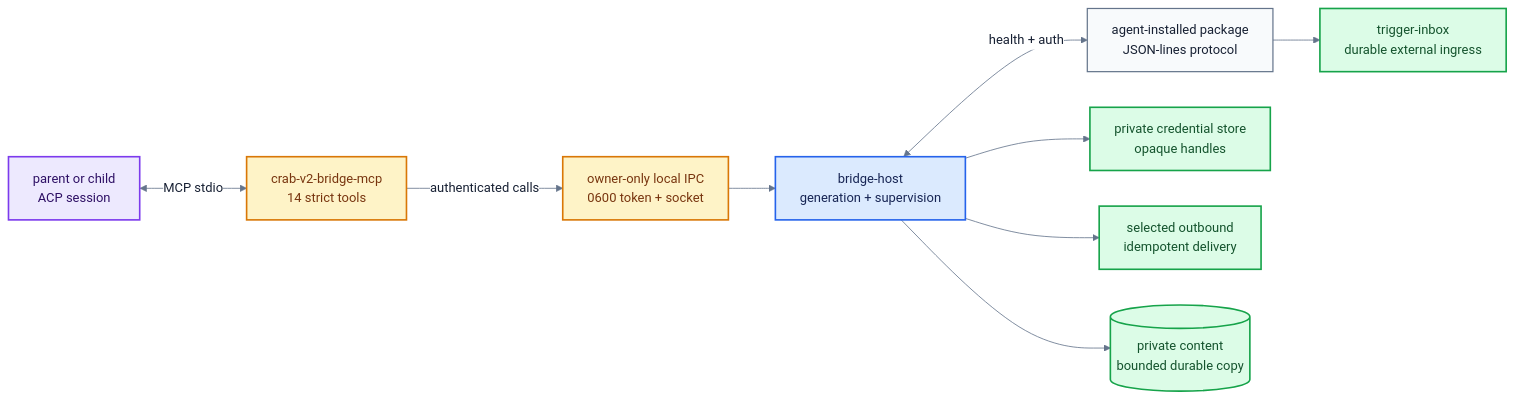
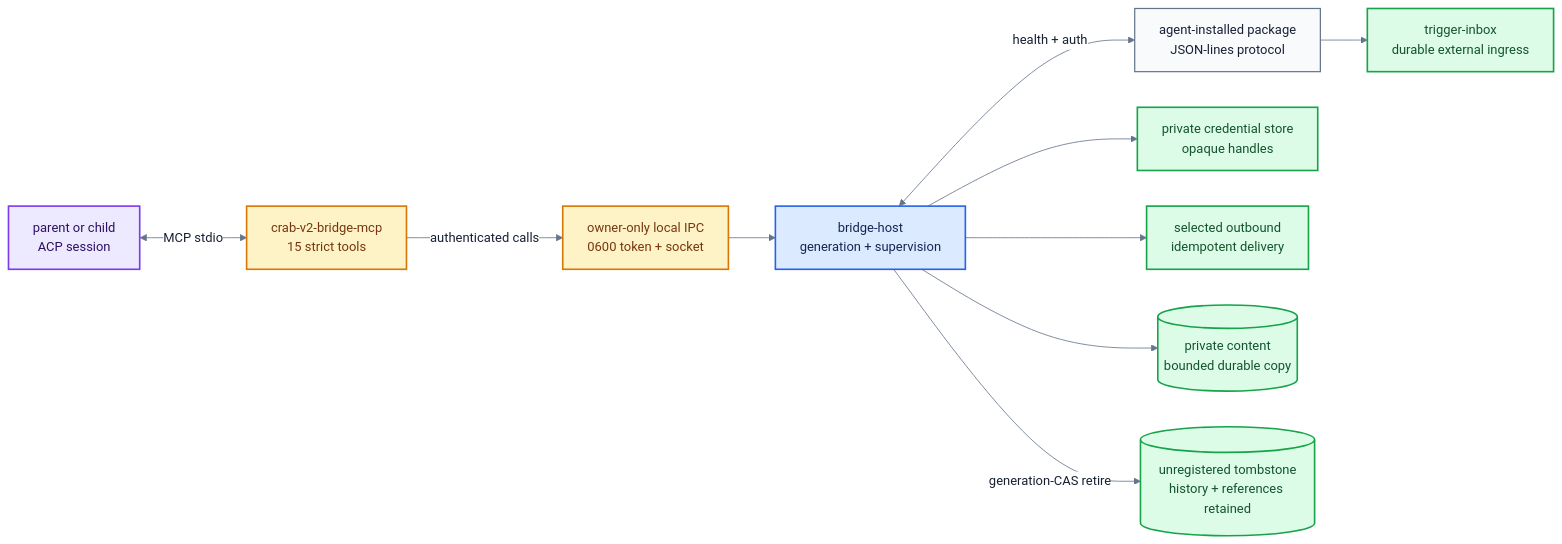
Before and after one commit to fontanierh/crab: the diagram in v2/docs/native-bridge-tools-flow.mmd, drawn with Mermaid. The commit also changed 18 other files, not shown here.

```diff
--- a/v2/docs/native-bridge-tools-flow.mmd
+++ b/v2/docs/native-bridge-tools-flow.mmd
@@ -1,30 +1,32 @@
 %%{init: {"theme": "base", "themeVariables": {"fontFamily": "ui-sans-serif, system-ui, sans-serif", "primaryTextColor": "#172033", "lineColor": "#64748b", "edgeLabelBackground": "#ffffff"}, "flowchart": {"curve": "basis", "nodeSpacing": 44, "rankSpacing": 58}}}%%
 flowchart LR
     ACP["parent or child<br/>ACP session"]
-    MCP["crab-v2-bridge-mcp<br/>14 strict tools"]
+    MCP["crab-v2-bridge-mcp<br/>15 strict tools"]
     IPC["owner-only local IPC<br/>0600 token + socket"]
     HOST["bridge-host<br/>generation + supervision"]
     PACKAGE["agent-installed package<br/>JSON-lines protocol"]
     CREDS["private credential store<br/>opaque handles"]
     INGRESS["trigger-inbox<br/>durable external ingress"]
     DELIVERY["selected outbound<br/>idempotent delivery"]
     CONTENT[("private content<br/>bounded durable copy")]
+    TOMB[("unregistered tombstone<br/>history + references retained")]
 
     ACP <-->|"MCP stdio"| MCP
     MCP -->|"authenticated calls"| IPC --> HOST
     HOST <-->|"health + auth"| PACKAGE
     HOST --> CREDS
     HOST --> CONTENT
+    HOST -->|"generation-CAS retire"| TOMB
     PACKAGE --> INGRESS
     HOST --> DELIVERY
 
     classDef agent fill:#ede9fe,stroke:#7c3aed,stroke-width:2px,color:#2e1065;
     classDef boundary fill:#fef3c7,stroke:#d97706,stroke-width:2px,color:#78350f;
     classDef host fill:#dbeafe,stroke:#2563eb,stroke-width:2px,color:#172554;
     classDef package fill:#f8fafc,stroke:#64748b,stroke-width:1.5px,color:#172033;
     classDef durable fill:#dcfce7,stroke:#16a34a,stroke-width:2px,color:#14532d;
     class ACP agent;
     class MCP,IPC boundary;
     class HOST host;
     class PACKAGE package;
-    class CREDS,INGRESS,DELIVERY,CONTENT durable;
+    class CREDS,INGRESS,DELIVERY,CONTENT,TOMB durable;
```
